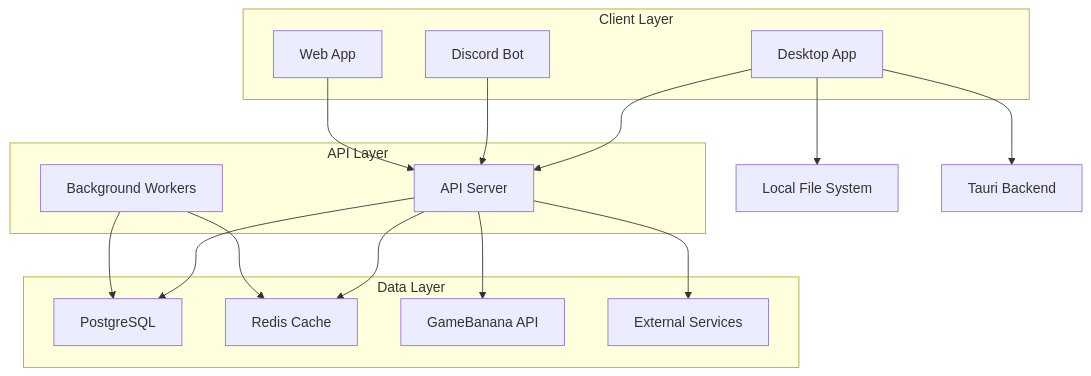
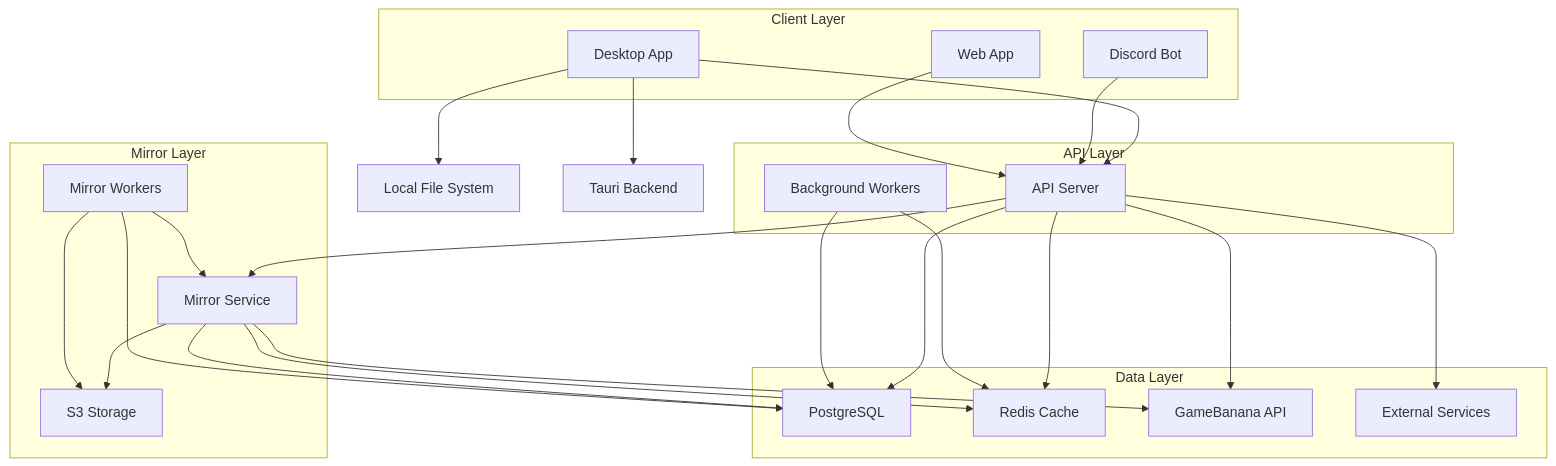
Before and after one commit to deadlock-mod-manager/deadlock-mod-manager: the first of 6 diagrams in apps/docs/content/docs/developer-docs/architecture.mdx, drawn with Mermaid. The commit also changed other lines of this file and 2 other files, not shown here.

First line of the commit message:
docs(docs): add mirror service documentation

````diff
--- a/apps/docs/content/docs/developer-docs/architecture.mdx
+++ b/apps/docs/content/docs/developer-docs/architecture.mdx
@@ -17,37 +17,53 @@
 ```mermaid
 graph TD
     A[Desktop App] --> B[API Server]
     A --> C[Local File System]
     A --> D[Tauri Backend]
 
     B --> E[PostgreSQL]
     B --> F[Redis Cache]
     B --> G[GameBanana API]
+    B --> M[Mirror Service]
 
     H[Discord Bot] --> B
     I[Web App] --> B
 
     J[Background Workers] --> E
     J --> F
 
     K[External Services]
     B --> K
+
+    M --> E
+    M --> F
+    M --> N[S3 Storage]
+    M --> G
+
+    L[Mirror Workers] --> M
+    L --> E
+    L --> N
 
     subgraph "Client Layer"
         A
         H
         I
     end
 
     subgraph "API Layer"
         B
         J
     end
 
+    subgraph "Mirror Layer"
+        M
+        L
+        N
+    end
+
     subgraph "Data Layer"
         E
         F
         G
         K
     end
 ```
````
